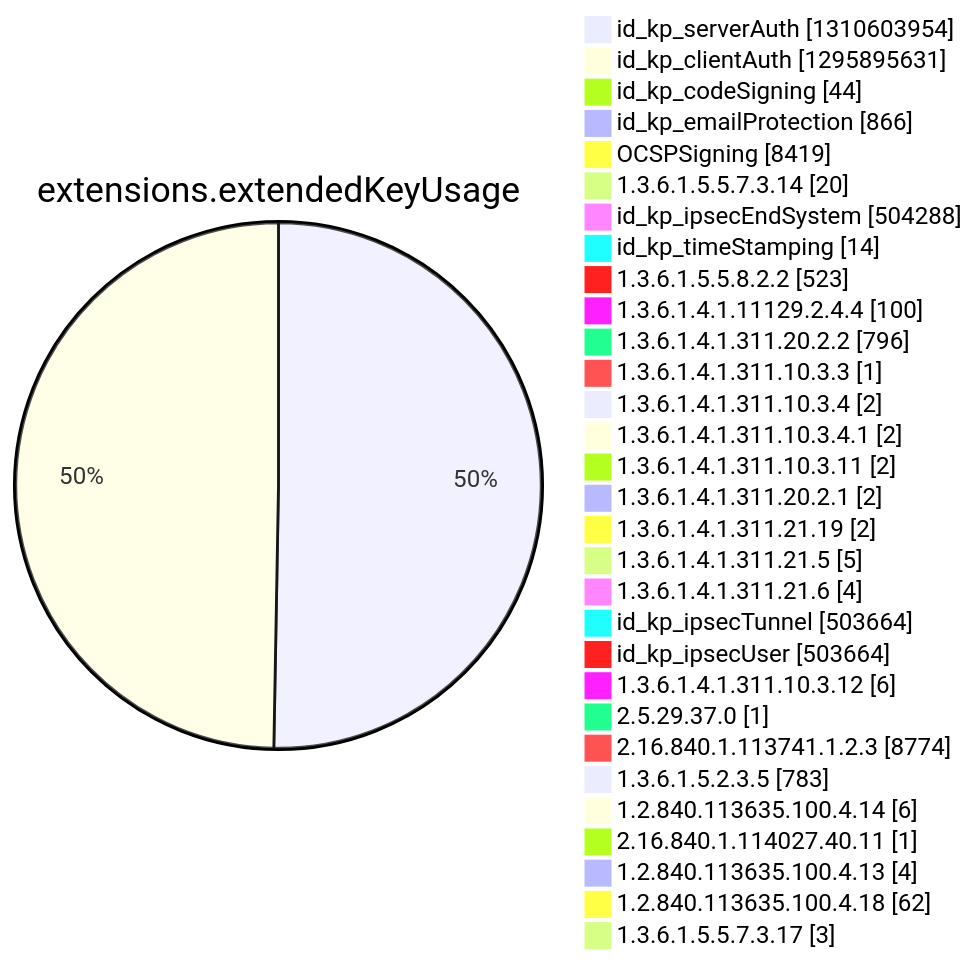
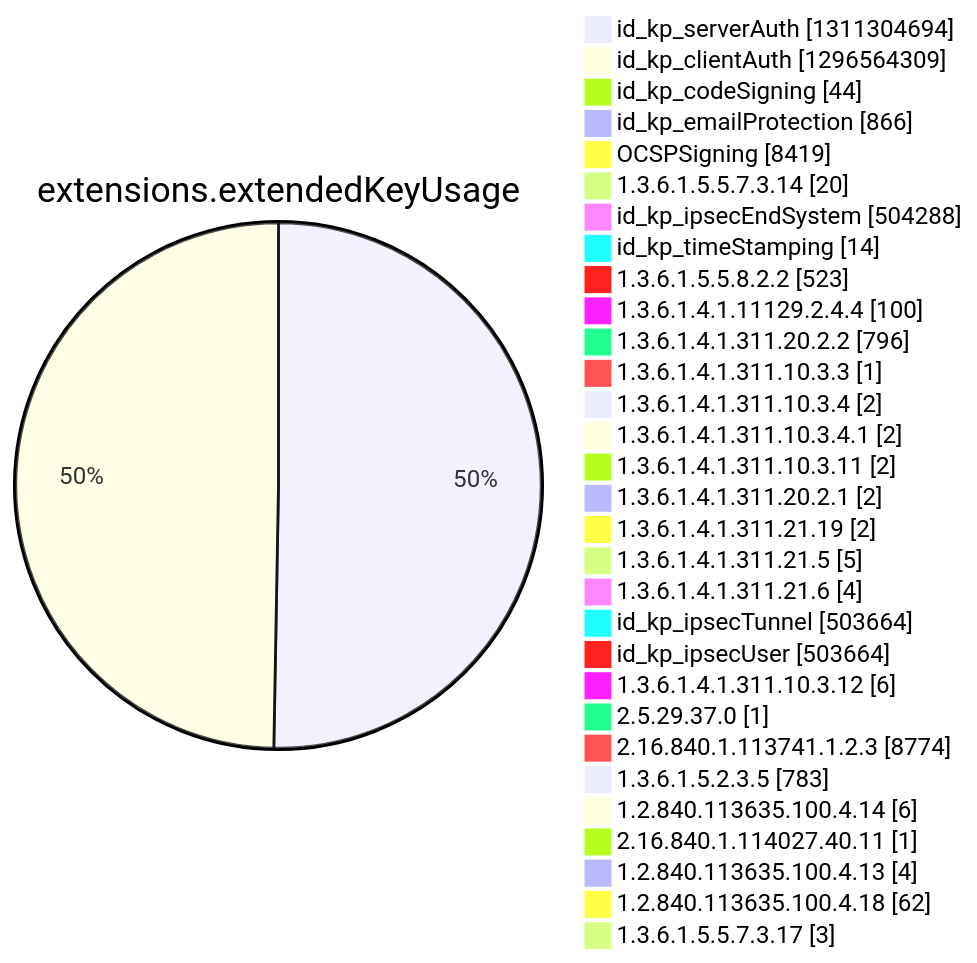
One commit to christiankrug/ctmonitor_visualization changed diagram 12 of 15 in argon2022/README.md. Above: the diagram before and after it, drawn with Mermaid. The commit also changed other lines of this file, not shown here.

````diff
--- a/argon2022/README.md
+++ b/argon2022/README.md
@@ -3552,34 +3552,34 @@
 ```mermaid
 pie showData
 title extensions.extendedKeyUsage
-"id_kp_serverAuth" :1310603954
-"id_kp_clientAuth" :1295895631
+"id_kp_serverAuth" :1311304694
+"id_kp_clientAuth" :1296564309
 "id_kp_codeSigning" :44
 "id_kp_emailProtection" :866
 "OCSPSigning" :8419
 "1.3.6.1.5.5.7.3.14" :20
 "id_kp_ipsecEndSystem" :504288
 "id_kp_timeStamping" :14
 "1.3.6.1.5.5.8.2.2" :523
 "1.3.6.1.4.1.11129.2.4.4" :100
 "1.3.6.1.4.1.311.20.2.2" :796
 "1.3.6.1.4.1.311.10.3.3" :1
 "1.3.6.1.4.1.311.10.3.4" :2
 "1.3.6.1.4.1.311.10.3.4.1" :2
 "1.3.6.1.4.1.311.10.3.11" :2
 "1.3.6.1.4.1.311.20.2.1" :2
 "1.3.6.1.4.1.311.21.19" :2
 "1.3.6.1.4.1.311.21.5" :5
 "1.3.6.1.4.1.311.21.6" :4
 "id_kp_ipsecTunnel" :503664
 "id_kp_ipsecUser" :503664
 "1.3.6.1.4.1.311.10.3.12" :6
 "2.5.29.37.0" :1
 "2.16.840.1.113741.1.2.3" :8774
 "1.3.6.1.5.2.3.5" :783
 "1.2.840.113635.100.4.14" :6
 "2.16.840.1.114027.40.11" :1
 "1.2.840.113635.100.4.13" :4
 "1.2.840.113635.100.4.18" :62
 "1.3.6.1.5.5.7.3.17" :3
 ```
````
